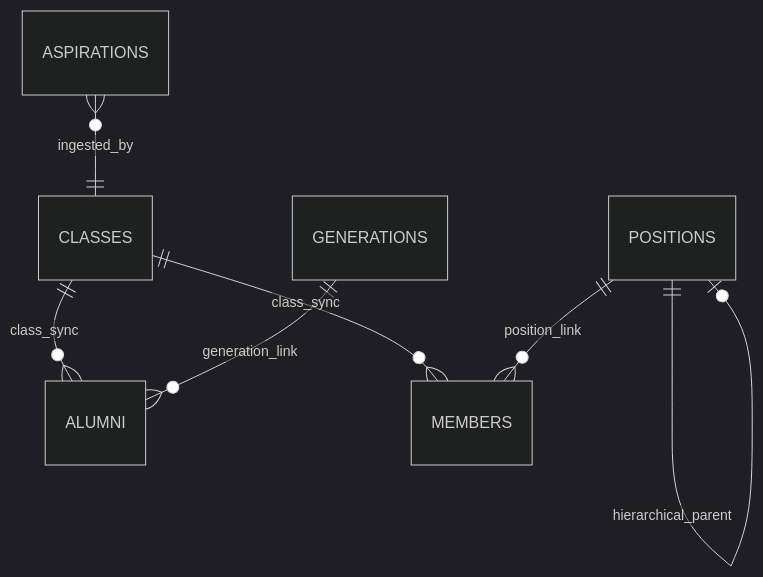
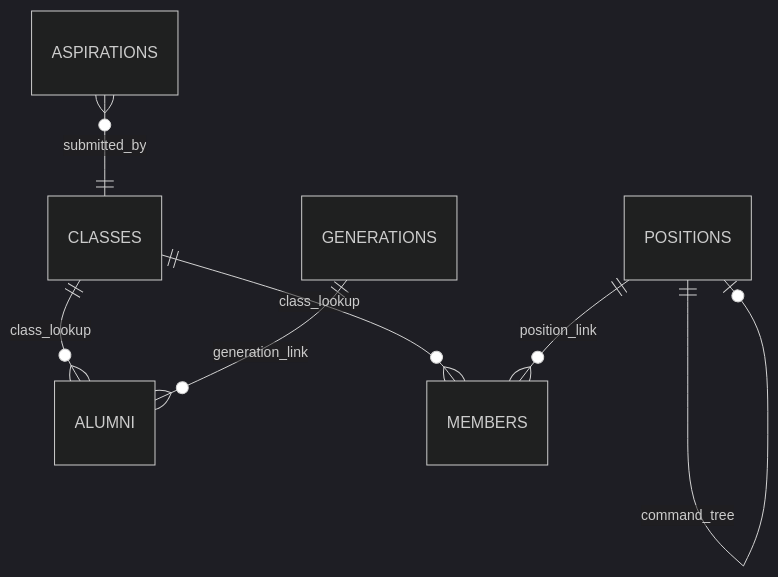
Before and after one commit to Riz6ix/MPK: the first of 2 diagrams in README.id.md, drawn with Mermaid (dark theme). The commit also changed other lines of this file and 2 other files, not shown here.

````diff
--- a/README.id.md
+++ b/README.id.md
@@ -46,9 +44,9 @@
 ```mermaid
 erDiagram
-    CLASSES ||--o{ ALUMNI : "class_sync"
-    CLASSES ||--o{ MEMBERS : "class_sync"
+    CLASSES ||--o{ ALUMNI : "class_lookup"
+    CLASSES ||--o{ MEMBERS : "class_lookup"
     GENERATIONS ||--o{ ALUMNI : "generation_link"
     POSITIONS ||--o{ MEMBERS : "position_link"
-    POSITIONS ||--o| POSITIONS : "hierarchical_parent"
-    ASPIRATIONS }o--|| CLASSES : "ingested_by"
+    POSITIONS ||--o| POSITIONS : "command_tree"
+    ASPIRATIONS }o--|| CLASSES : "submitted_by"
 ```
````
